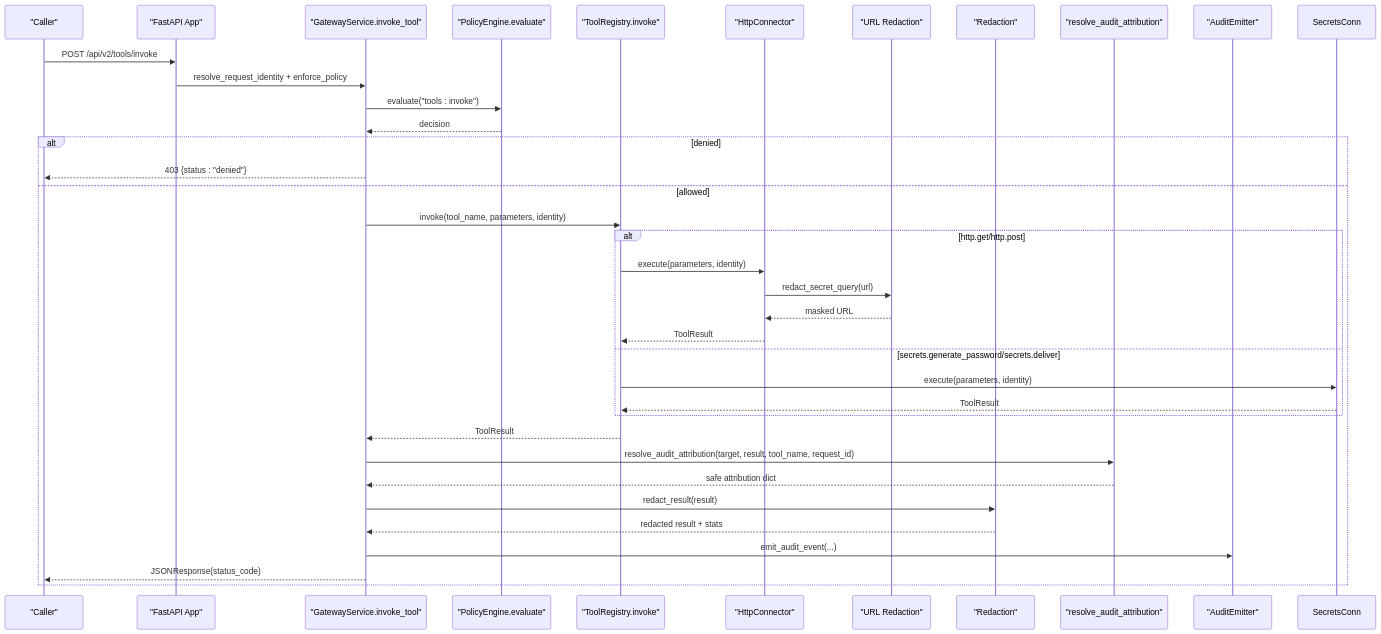
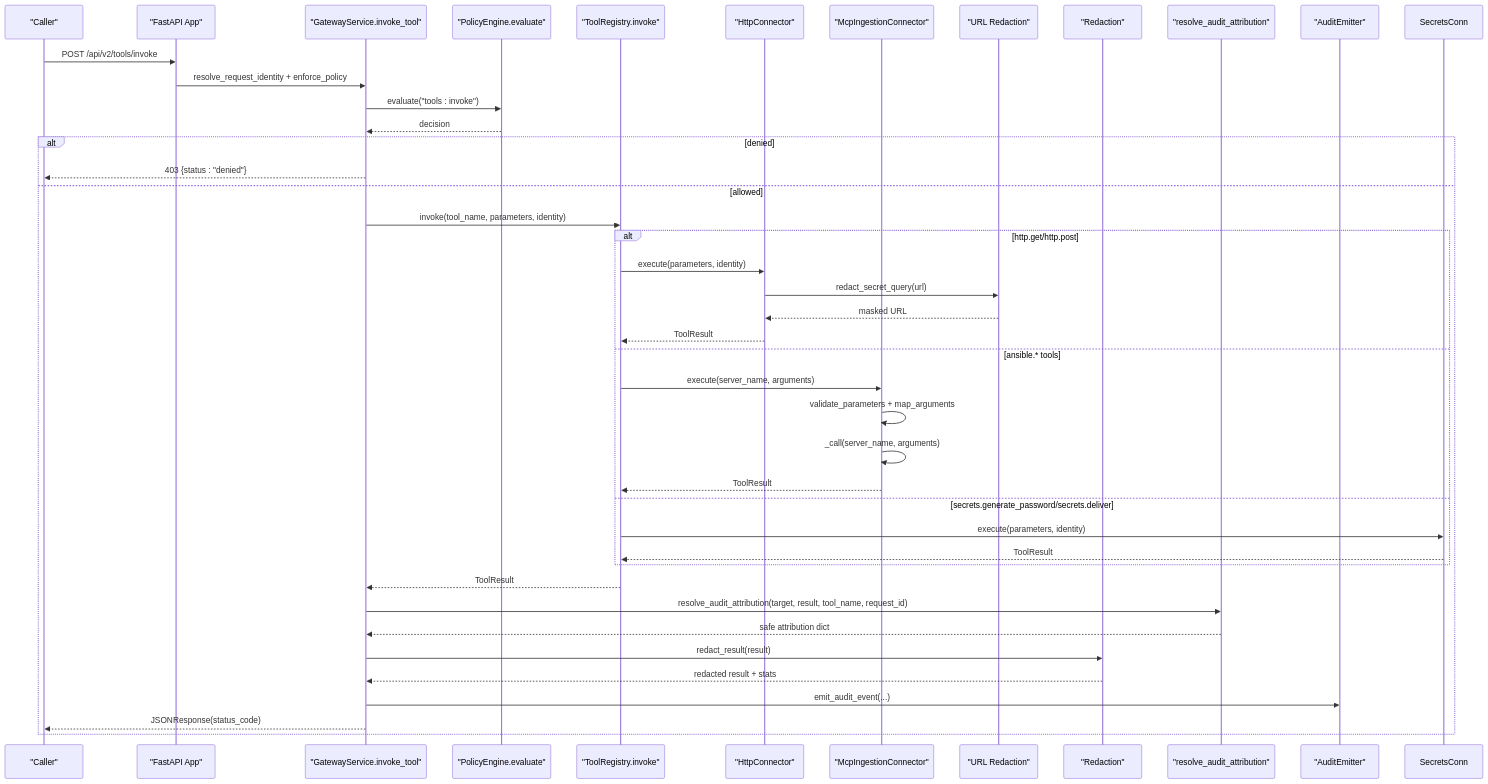
The second of 14 diagrams in .qoder/repowiki/en/content/Core Services/Tool Gateway/Tool Gateway.md (metasync/luban-aiops), drawn with Mermaid before and after one commit. The commit also changed other lines of this file and 13 other files, not shown here.

````diff
--- a/.qoder/repowiki/en/content/Core Services/Tool Gateway/Tool Gateway.md
+++ b/.qoder/repowiki/en/content/Core Services/Tool Gateway/Tool Gateway.md
@@ -142,38 +149,44 @@
 ```mermaid
 sequenceDiagram
 participant Client as "Caller"
 participant Gateway as "FastAPI App"
 participant Service as "GatewayService.invoke_tool"
 participant Policy as "PolicyEngine.evaluate"
 participant Registry as "ToolRegistry.invoke"
 participant HttpConn as "HttpConnector"
+participant McpAdapter as "McpIngestionConnector"
 participant UrlRedact as "URL Redaction"
 participant Redact as "Redaction"
 participant Attrib as "resolve_audit_attribution"
 participant Audit as "AuditEmitter"
 Client->>Gateway : POST /api/v2/tools/invoke
 Gateway->>Service : resolve_request_identity + enforce_policy
 Service->>Policy : evaluate("tools : invoke")
 Policy-->>Service : decision
 alt denied
 Service-->>Client : 403 {status : "denied"}
 else allowed
 Service->>Registry : invoke(tool_name, parameters, identity)
 alt http.get/http.post
 Registry->>HttpConn : execute(parameters, identity)
 HttpConn->>UrlRedact : redact_secret_query(url)
 UrlRedact-->>HttpConn : masked URL
 HttpConn-->>Registry : ToolResult
+else ansible.* tools
+Registry->>McpAdapter : execute(server_name, arguments)
+McpAdapter->>McpAdapter : validate_parameters + map_arguments
+McpAdapter->>McpAdapter : _call(server_name, arguments)
+McpAdapter-->>Registry : ToolResult
 else secrets.generate_password/secrets.deliver
 Registry->>SecretsConn : execute(parameters, identity)
 SecretsConn-->>Registry : ToolResult
 end
 Registry-->>Service : ToolResult
 Service->>Attrib : resolve_audit_attribution(target, result, tool_name, request_id)
 Attrib-->>Service : safe attribution dict
 Service->>Redact : redact_result(result)
 Redact-->>Service : redacted result + stats
 Service->>Audit : emit_audit_event(...)
 Service-->>Client : JSONResponse(status_code)
 end
 ```
````
